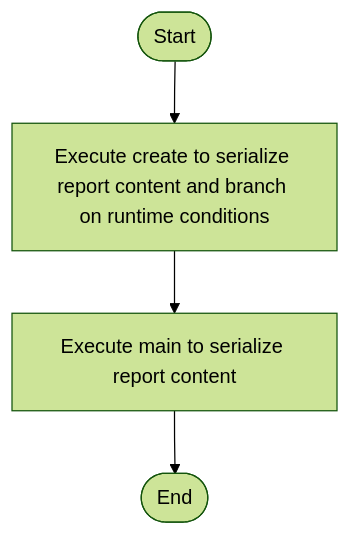
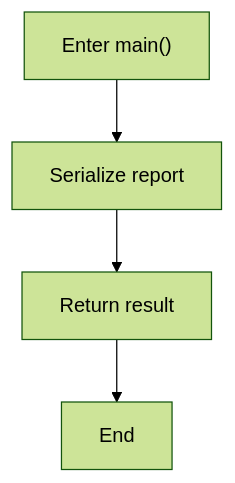
One commit to JohnAndrewBalbarosa/NeoTerritory changed the second of 4 diagrams in docs/Codebase/Microservice/Test/Input/factory_to_base_non_literal_source.cpp.md. Above: the diagram before and after it, drawn with Mermaid (forest theme). The commit also changed other lines of this file and 752 other files, not shown here.

````diff
--- a/docs/Codebase/Microservice/Test/Input/factory_to_base_non_literal_source.cpp.md
+++ b/docs/Codebase/Microservice/Test/Input/factory_to_base_non_literal_source.cpp.md
@@ -35,10 +49,10 @@
 ```mermaid
 flowchart TD
-    Start([Start])
-    N0[Execute create to serialize report content and branch on runtime conditions]
-    N1[Execute main to serialize report content]
-    End([End])
-    Start --> N0
+    N0["Enter main()"]
+    N1["Serialize report"]
+    N2["Return result"]
+    N3["End"]
     N0 --> N1
-    N1 --> End
+    N1 --> N2
+    N2 --> N3
 ```
````
